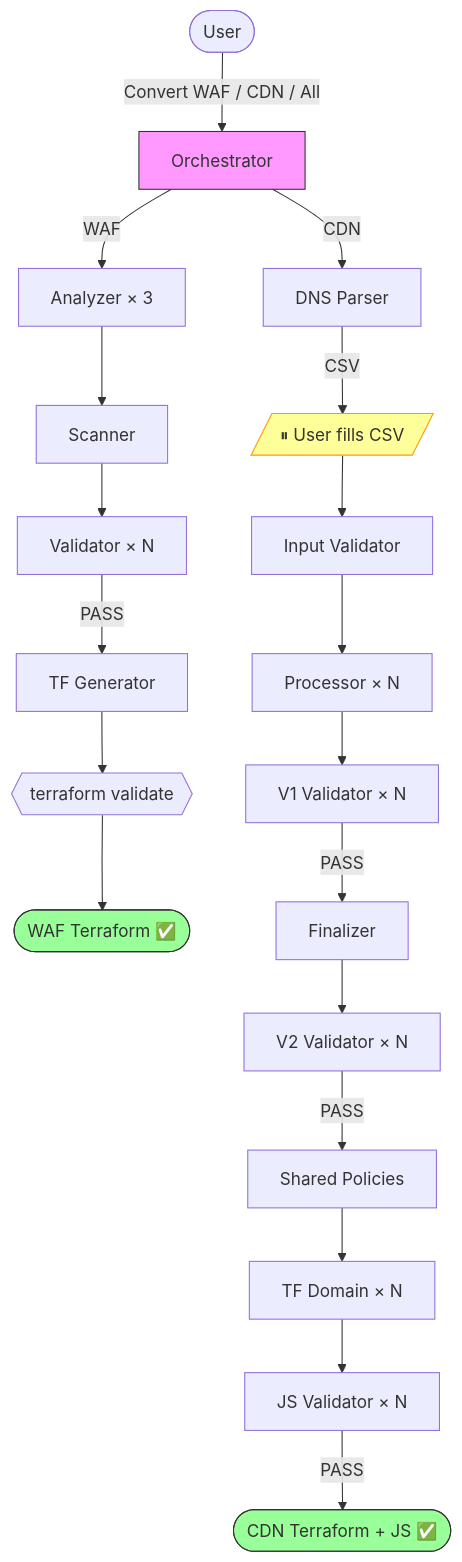
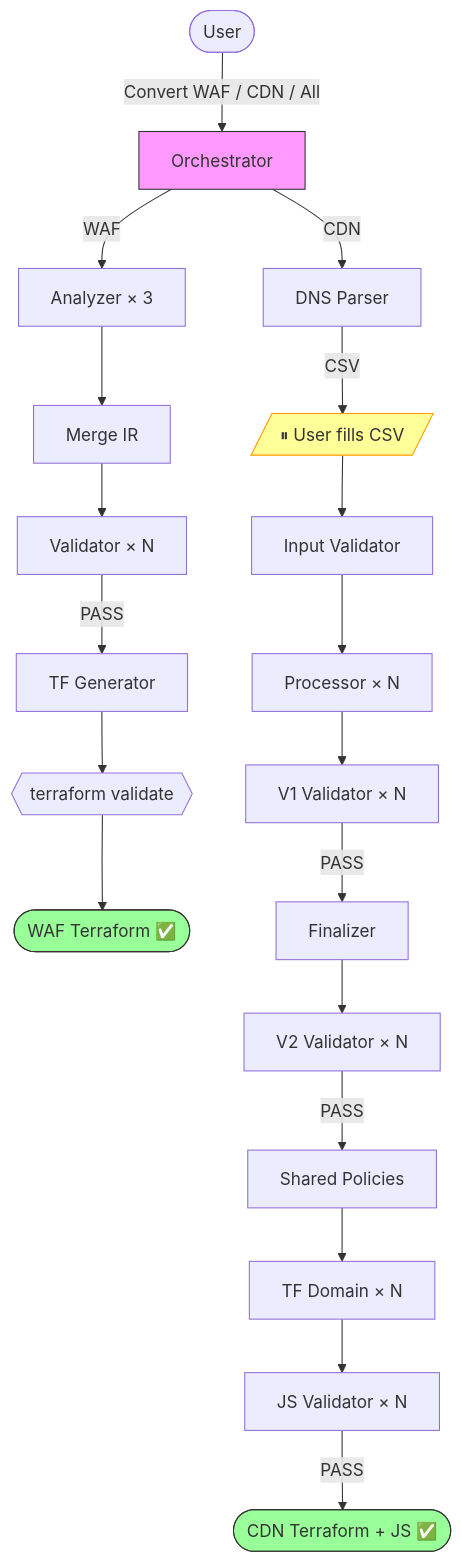
One commit to chenghit/cloudflare-aws-edge-config-converter changed the diagram in README.md. Above: the diagram before and after it, drawn with Mermaid. The commit also changed other lines of this file and 16 other files, not shown here.

````diff
--- a/README.md
+++ b/README.md
@@ -77,22 +77,22 @@
 ```mermaid
 flowchart TD
     User([User]) -->|"Convert WAF / CDN / All"| Main["Orchestrator"]
 
-    Main -->|WAF| WAF_A["Analyzer × 3"] --> WAF_S["Scanner"] --> WAF_V["Validator × N"] -->|PASS| WAF_G["TF Generator"] --> WAF_T{{"terraform validate"}} --> WAF_Done([WAF Terraform ✅])
+    Main -->|WAF| WAF_A["Analyzer × 3"] --> WAF_M["Merge IR"] --> WAF_V["Validator × N"] -->|PASS| WAF_G["TF Generator"] --> WAF_T{{"terraform validate"}} --> WAF_Done([WAF Terraform ✅])
 
     Main -->|CDN| CDN1["DNS Parser"] -->|CSV| Pause[/"⏸ User fills CSV"/]
     Pause --> CDN2["Input Validator"]
     CDN2 --> CDN3["Processor × N"]
     CDN3 --> CDN4["V1 Validator × N"]
     CDN4 -->|PASS| CDN5["Finalizer"]
     CDN5 --> CDN6["V2 Validator × N"]
     CDN6 -->|PASS| CDN7["Shared Policies"]
     CDN7 --> CDN8["TF Domain × N"]
     CDN8 --> CDN9["JS Validator × N"]
     CDN9 -->|PASS| CDN_Done([CDN Terraform + JS ✅])
 
     style Main fill:#f9f,stroke:#333
     style Pause fill:#ff9,stroke:#f90
     style WAF_Done fill:#9f9,stroke:#333
     style CDN_Done fill:#9f9,stroke:#333
 ```
````
